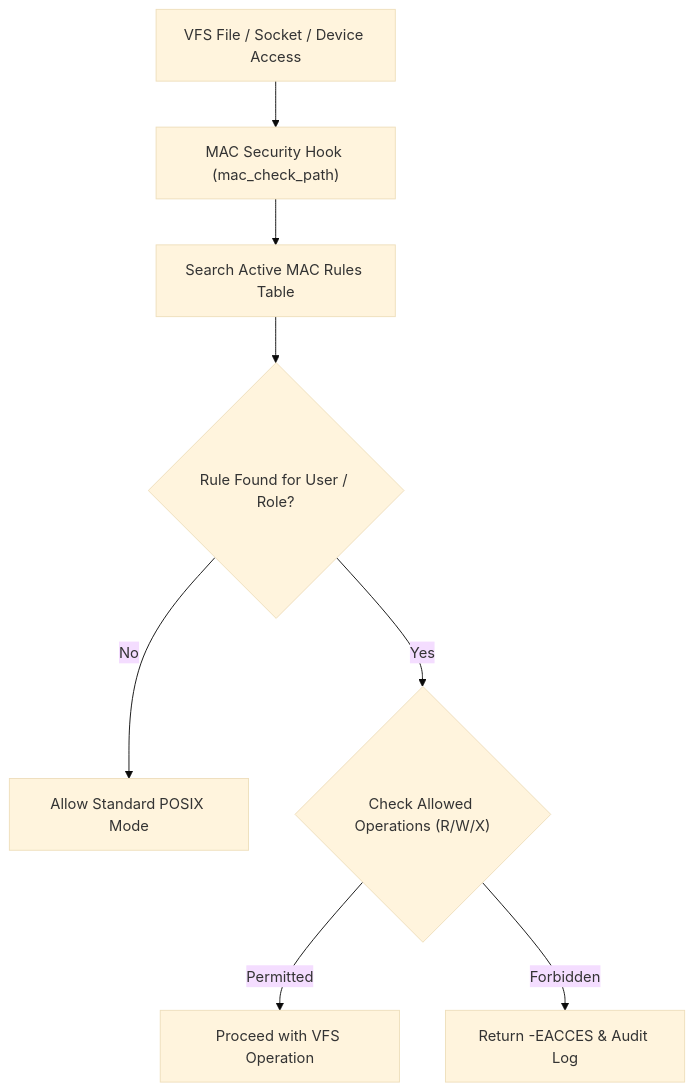
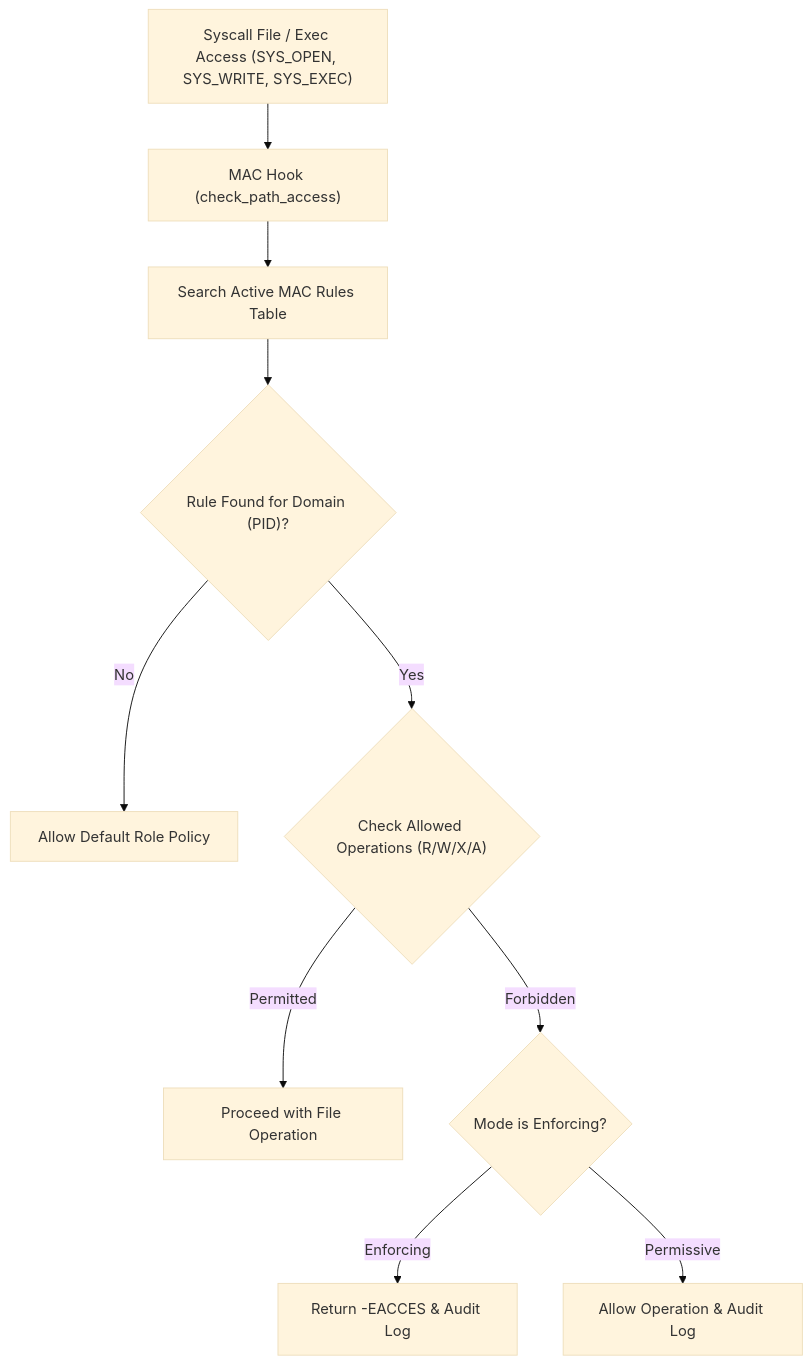
The diagram in docs/crypto/mac.md (mrvlous/keira), drawn with Mermaid (base theme) before and after one commit. The commit also changed other lines of this file and 21 other files, not shown here.

````diff
--- a/docs/crypto/mac.md
+++ b/docs/crypto/mac.md
@@ -11,10 +11,12 @@
 ```mermaid
 graph TD
-    VFS["VFS File / Socket / Device Access"] --> MACCheck["MAC Security Hook (mac_check_path)"]
+    VFS["Syscall File / Exec Access (SYS_OPEN, SYS_WRITE, SYS_EXEC)"] --> MACCheck["MAC Hook (check_path_access)"]
     MACCheck --> QueryPolicy["Search Active MAC Rules Table"]
-    QueryPolicy --> Match{"Rule Found for User / Role?"}
-    Match -->|No| AllowDefault["Allow Standard POSIX Mode"]
-    Match -->|Yes| RuleAction{"Check Allowed Operations (R/W/X)"}
-    RuleAction -->|Permitted| VFSProceed["Proceed with VFS Operation"]
-    RuleAction -->|Forbidden| DenyAccess["Return -EACCES & Audit Log"]
+    QueryPolicy --> Match{"Rule Found for Domain (PID)?"}
+    Match -->|No| AllowDefault["Allow Default Role Policy"]
+    Match -->|Yes| RuleAction{"Check Allowed Operations (R/W/X/A)"}
+    RuleAction -->|Permitted| VFSProceed["Proceed with File Operation"]
+    RuleAction -->|Forbidden| AuditCheck{"Mode is Enforcing?"}
+    AuditCheck -->|Enforcing| DenyAccess["Return -EACCES & Audit Log"]
+    AuditCheck -->|Permissive| AuditOnly["Allow Operation & Audit Log"]
 ```
````
